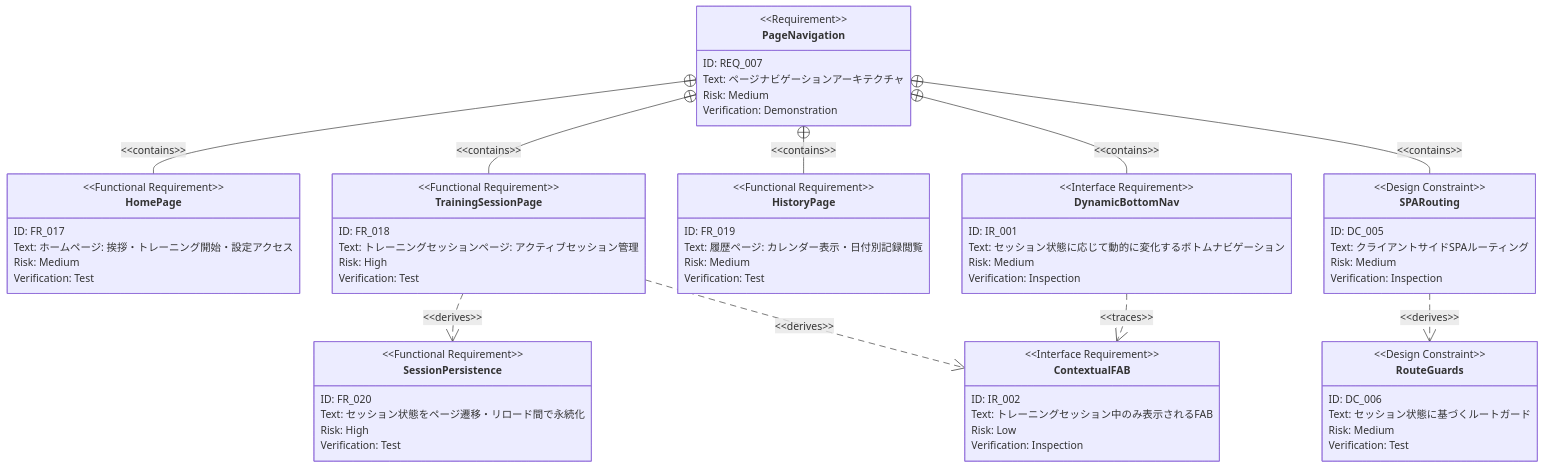
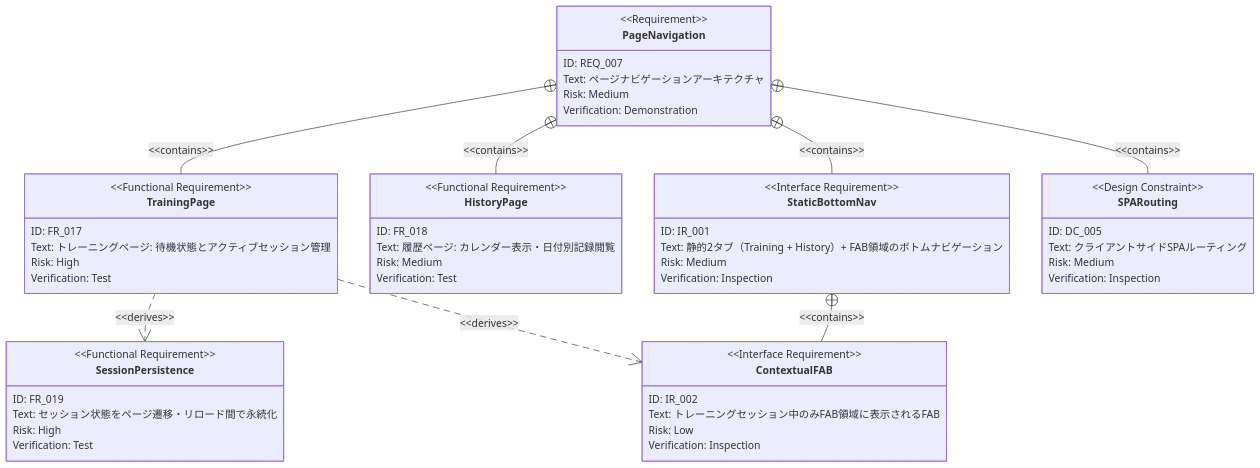
The fourth of 5 diagrams in .sdd/requirement/navigation.md (SakumaTakuya/gymini), drawn with Mermaid before and after one commit. The commit also changed other lines of this file and 2 other files, not shown here.

First line of the commit message:
Refactor navigation PRD: static bottom nav with FAB area

````diff
--- a/.sdd/requirement/navigation.md
+++ b/.sdd/requirement/navigation.md
@@ -162,76 +168,60 @@
 ```mermaid
 requirementDiagram
     requirement PageNavigation {
         id: REQ_007
         text: "ページナビゲーションアーキテクチャ"
         risk: medium
         verifymethod: demonstration
     }
 
-    functionalRequirement HomePage {
+    functionalRequirement TrainingPage {
         id: FR_017
-        text: "ホームページ: 挨拶・トレーニング開始・設定アクセス"
-        risk: medium
-        verifymethod: test
-    }
-
-    functionalRequirement TrainingSessionPage {
-        id: FR_018
-        text: "トレーニングセッションページ: アクティブセッション管理"
+        text: "トレーニングページ: 待機状態とアクティブセッション管理"
         risk: high
         verifymethod: test
     }
 
     functionalRequirement HistoryPage {
-        id: FR_019
+        id: FR_018
         text: "履歴ページ: カレンダー表示・日付別記録閲覧"
         risk: medium
         verifymethod: test
     }
 
     functionalRequirement SessionPersistence {
-        id: FR_020
+        id: FR_019
         text: "セッション状態をページ遷移・リロード間で永続化"
         risk: high
         verifymethod: test
     }
 
-    interfaceRequirement DynamicBottomNav {
+    interfaceRequirement StaticBottomNav {
         id: IR_001
-        text: "セッション状態に応じて動的に変化するボトムナビゲーション"
+        text: "静的2タブ（Training + History）+ FAB領域のボトムナビゲーション"
         risk: medium
         verifymethod: inspection
     }
 
     interfaceRequirement ContextualFAB {
         id: IR_002
-        text: "トレーニングセッション中のみ表示されるFAB"
+        text: "トレーニングセッション中のみFAB領域に表示されるFAB"
         risk: low
         verifymethod: inspection
     }
 
     designConstraint SPARouting {
         id: DC_005
         text: "クライアントサイドSPAルーティング"
         risk: medium
         verifymethod: inspection
     }
 
-    designConstraint RouteGuards {
-        id: DC_006
-        text: "セッション状態に基づくルートガード"
-        risk: medium
-        verifymethod: test
-    }
-
-    PageNavigation - contains -> HomePage
-    PageNavigation - contains -> TrainingSessionPage
+    PageNavigation - contains -> TrainingPage
     PageNavigation - contains -> HistoryPage
-    PageNavigation - contains -> DynamicBottomNav
+    PageNavigation - contains -> StaticBottomNav
     PageNavigation - contains -> SPARouting
 
-    TrainingSessionPage - derives -> SessionPersistence
-    TrainingSessionPage - derives -> ContextualFAB
-    SPARouting - derives -> RouteGuards
-    DynamicBottomNav - traces -> ContextualFAB
+    TrainingPage - derives -> SessionPersistence
+    TrainingPage - derives -> ContextualFAB
+    StaticBottomNav - contains -> ContextualFAB
 ```
````
